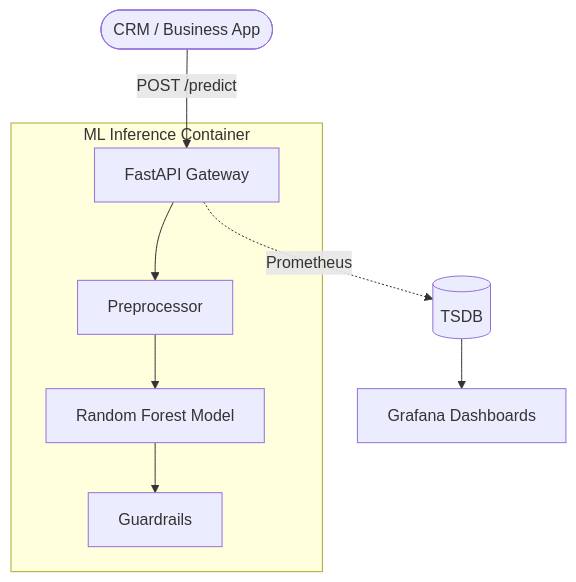
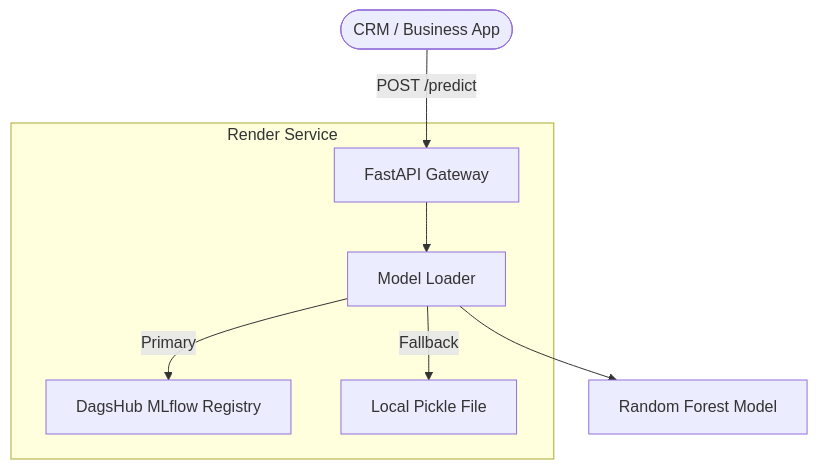
The diagram in README.md (bachnhan/msa24-ddm501-group6-final-project), drawn with Mermaid before and after one commit. The commit also changed other lines of this file and 4 other files, not shown here.

Commit message:
final: complete production MLOps pipeline with DagsHub Registry

````diff
--- a/README.md
+++ b/README.md
@@ -19,11 +20,10 @@
 ```mermaid
 graph TD
     User([CRM / Business App]) -->|POST /predict| LB[FastAPI Gateway]
-    subgraph "ML Inference Container"
-        LB --> PP[Preprocessor]
-        PP --> RF[Random Forest Model]
-        RF --> GU[Guardrails]
+    subgraph "Render Service"
+        LB --> Loader[Model Loader]
+        Loader -->|Primary| Registry[DagsHub MLflow Registry]
+        Loader -->|Fallback| LocalPickle[Local Pickle File]
     end
-    LB -.->|Prometheus| LOGS[(TSDB)]
-    LOGS --> GRAF[Grafana Dashboards]
+    Loader --> RF[Random Forest Model]
 ```
````
